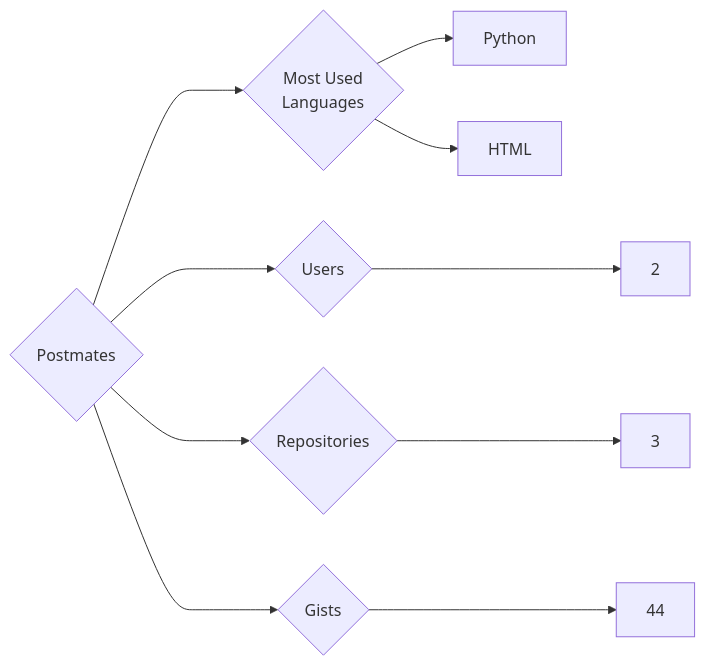
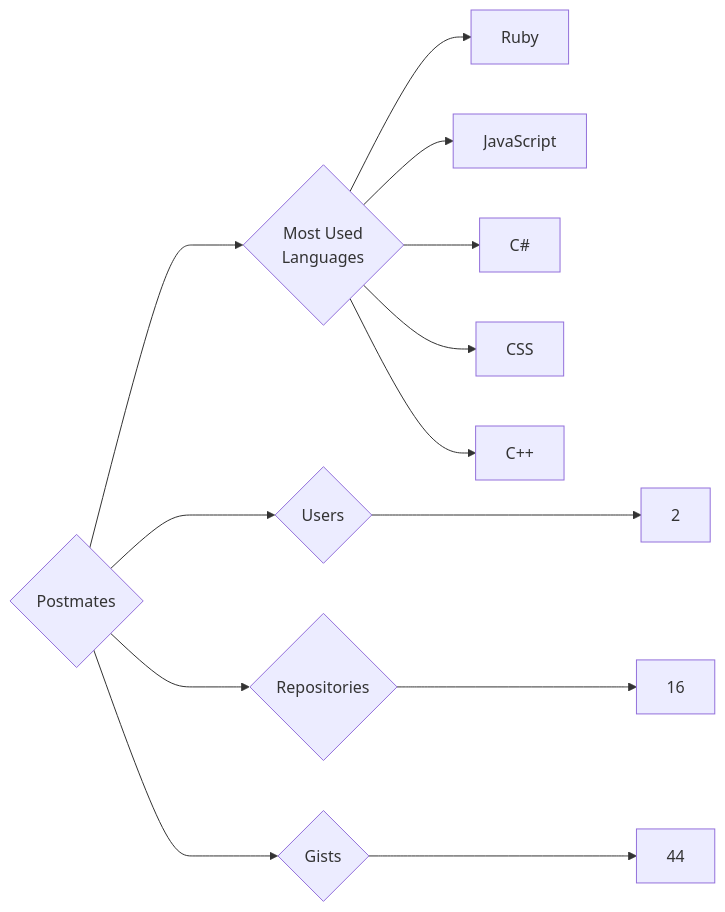
One commit to trickest/insiders changed the diagram in targets/Postmates/README.md. Above: the diagram before and after it, drawn with Mermaid. The commit also changed 815 other files, not shown here.

````diff
--- a/targets/Postmates/README.md
+++ b/targets/Postmates/README.md
@@ -3,10 +3,13 @@
 ```mermaid
 graph LR
 COMPANY_NAME{Postmates}
 COMPANY_NAME ---> U{Users} ---> UN[2]
-COMPANY_NAME ---> R{Repositories} ---> RN[3]
+COMPANY_NAME ---> R{Repositories} ---> RN[16]
 COMPANY_NAME ---> G{Gists} ---> GN[44]
 COMPANY_NAME ---> ML{Most Used<br>Languages}
-ML --> Python[Python]
-ML --> HTML[HTML]
+ML --> Ruby[Ruby]
+ML --> JavaScript[JavaScript]
+ML --> C#[C#]
+ML --> CSS[CSS]
+ML --> C++[C++]
 ```
````
